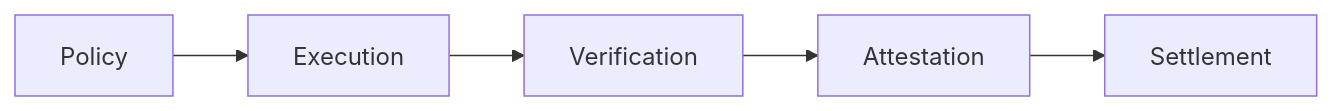
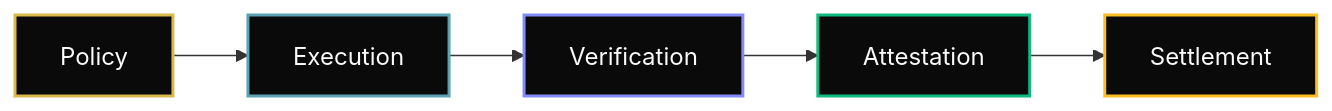
One commit to humbleaf/docs changed the first of 3 diagrams in agentchain/architecture.mdx. Above: the diagram before and after it, drawn with Mermaid. The commit also changed other lines of this file and 6 other files, not shown here.

````diff
--- a/agentchain/architecture.mdx
+++ b/agentchain/architecture.mdx
@@ -14,7 +14,13 @@
 ```mermaid
 flowchart LR
     A[Policy] --> B[Execution]
     B --> C[Verification]
     C --> D[Attestation]
     D --> E[Settlement]
+
+    style A fill:#0a0a0b,stroke:#d7b94d,stroke-width:2px,color:#fafafa
+    style B fill:#0a0a0b,stroke:#5ba3b5,stroke-width:2px,color:#fafafa
+    style C fill:#0a0a0b,stroke:#818cf8,stroke-width:2px,color:#fafafa
+    style D fill:#0a0a0b,stroke:#10B981,stroke-width:2px,color:#fafafa
+    style E fill:#0a0a0b,stroke:#fbbf24,stroke-width:2px,color:#fafafa
 ```
````
